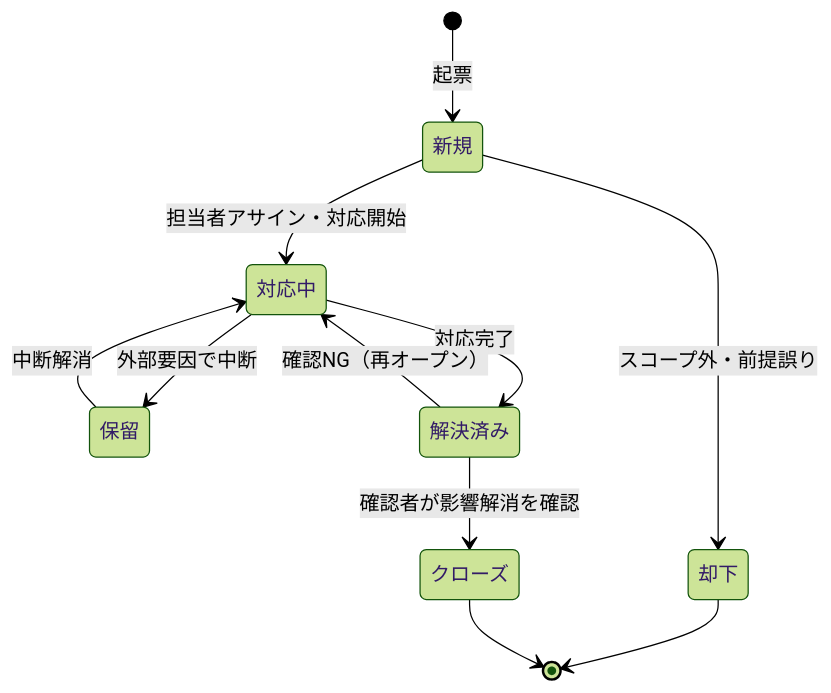
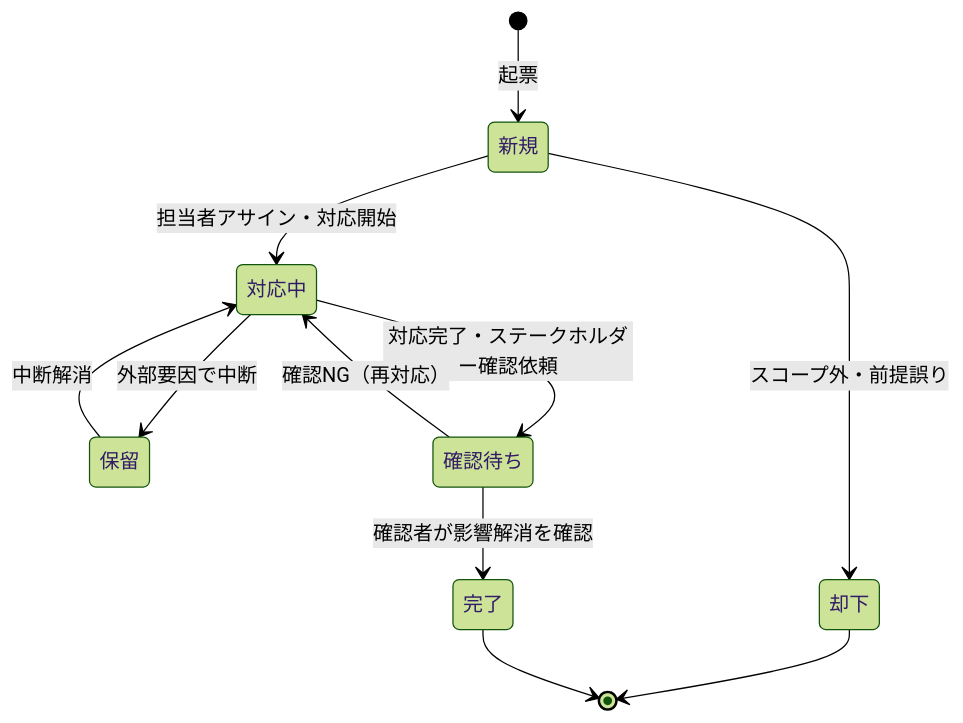
One commit to ssgen358/public_project_man changed the second of 3 diagrams in 00.管理/40.課題リスク管理/PJT計画補足-課題管理.md. Above: the diagram before and after it, drawn with Mermaid (forest theme). The commit also changed other lines of this file, not shown here.

````diff
--- a/00.管理/40.課題リスク管理/PJT計画補足-課題管理.md
+++ b/00.管理/40.課題リスク管理/PJT計画補足-課題管理.md
@@ -620,13 +686,13 @@
 ```mermaid
 stateDiagram-v2
     [*] --> 新規: 起票
     新規 --> 対応中: 担当者アサイン・対応開始
     新規 --> 却下: スコープ外・前提誤り
     対応中 --> 保留: 外部要因で中断
     保留 --> 対応中: 中断解消
-    対応中 --> 解決済み: 対応完了
-    解決済み --> クローズ: 確認者が影響解消を確認
-    解決済み --> 対応中: 確認NG（再オープン）
+    対応中 --> 確認待ち: 対応完了・ステークホルダー確認依頼
+    確認待ち --> 完了: 確認者が影響解消を確認
+    確認待ち --> 対応中: 確認NG（再対応）
     却下 --> [*]
-    クローズ --> [*]
+    完了 --> [*]
 ```
````
